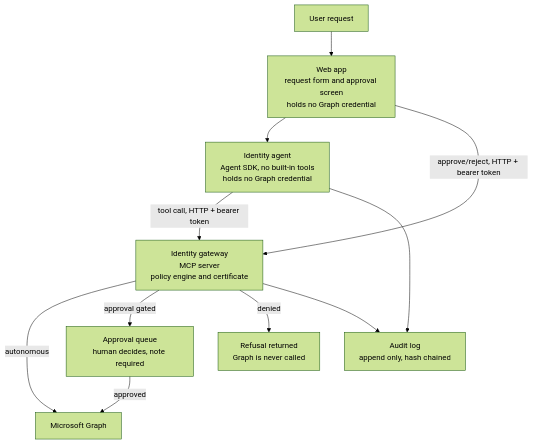
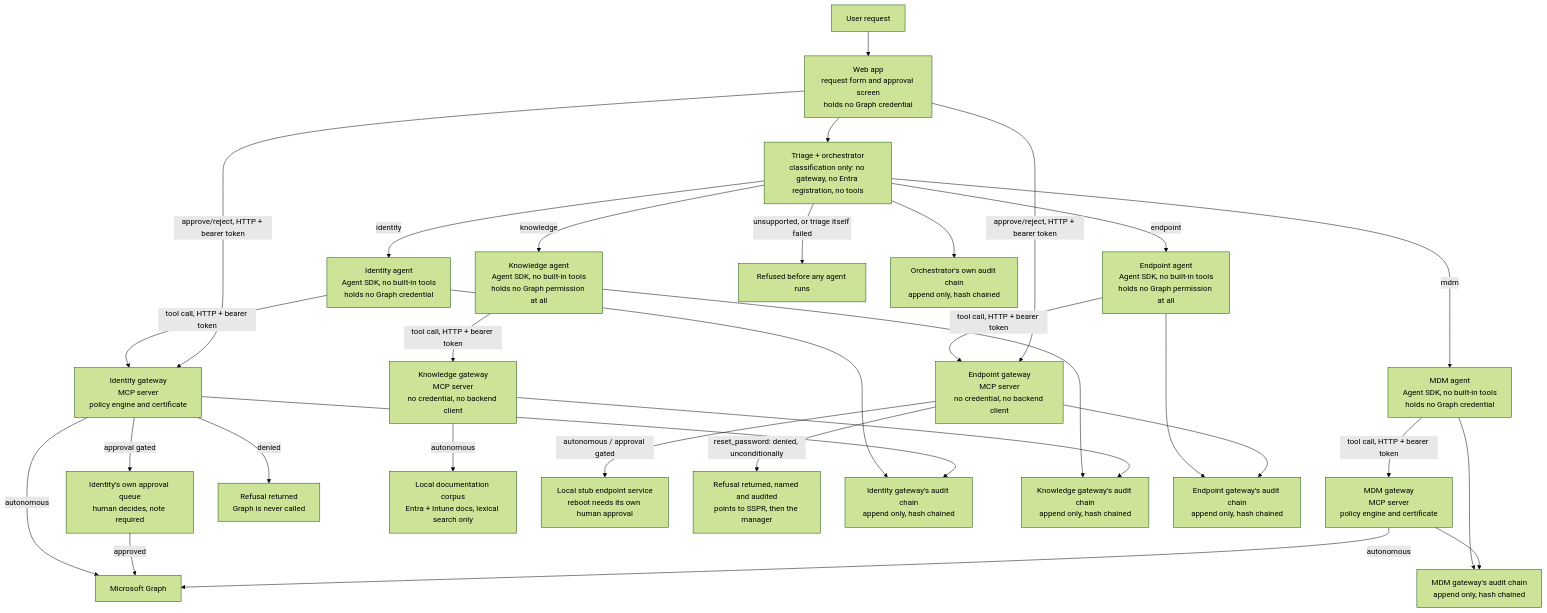
The diagram in README.md (metehaninanc/scoped-agent-helpdesk), drawn with Mermaid (forest theme) before and after one commit. The commit also changed other lines of this file and 159 other files, not shown here.

First line of the commit message:
Sprint 3: triage, gateway template, knowledge/endpoint agents, dashboard

````diff
--- a/README.md
+++ b/README.md
@@ -25,15 +25,35 @@
 ```mermaid
 flowchart TD
     U["User request"] --> W["Web app<br/>request form and approval screen<br/>holds no Graph credential"]
-    W --> A["Identity agent<br/>Agent SDK, no built-in tools<br/>holds no Graph credential"]
+    W --> T["Triage + orchestrator<br/>classification only: no gateway, no Entra registration, no tools"]
+    T -->|"identity"| A["Identity agent<br/>Agent SDK, no built-in tools<br/>holds no Graph credential"]
+    T -->|"mdm"| AM["MDM agent<br/>Agent SDK, no built-in tools<br/>holds no Graph credential"]
+    T -->|"knowledge"| AK["Knowledge agent<br/>Agent SDK, no built-in tools<br/>holds no Graph permission at all"]
+    T -->|"endpoint"| AE["Endpoint agent<br/>Agent SDK, no built-in tools<br/>holds no Graph permission at all"]
+    T -->|"unsupported, or triage itself failed"| R["Refused before any agent runs"]
     A -->|"tool call, HTTP + bearer token"| G["Identity gateway<br/>MCP server<br/>policy engine and certificate"]
+    AM -->|"tool call, HTTP + bearer token"| GM["MDM gateway<br/>MCP server<br/>policy engine and certificate"]
+    AK -->|"tool call, HTTP + bearer token"| GK["Knowledge gateway<br/>MCP server<br/>no credential, no backend client"]
+    AE -->|"tool call, HTTP + bearer token"| GE["Endpoint gateway<br/>MCP server<br/>no credential, no backend client"]
     W -->|"approve/reject, HTTP + bearer token"| G
+    W -->|"approve/reject, HTTP + bearer token"| GE
 
     G -->|"autonomous"| MG["Microsoft Graph"]
-    G -->|"approval gated"| Q["Approval queue<br/>human decides, note required"]
+    G -->|"approval gated"| Q["Identity's own approval queue<br/>human decides, note required"]
     Q -->|"approved"| MG
     G -->|"denied"| D["Refusal returned<br/>Graph is never called"]
+    GM -->|"autonomous"| MG
+    GK -->|"autonomous"| KC["Local documentation corpus<br/>Entra + Intune docs, lexical search only"]
+    GE -->|"autonomous / approval gated"| ES["Local stub endpoint service<br/>reboot needs its own human approval"]
+    GE -->|"reset_password: denied, unconditionally"| DP["Refusal returned, named and audited<br/>points to SSPR, then the manager"]
 
-    A --> L["Audit log<br/>append only, hash chained"]
+    T --> LT["Orchestrator's own audit chain<br/>append only, hash chained"]
+    A --> L["Identity gateway's audit chain<br/>append only, hash chained"]
     G --> L
+    AM --> LM["MDM gateway's audit chain<br/>append only, hash chained"]
+    GM --> LM
+    AK --> LK["Knowledge gateway's audit chain<br/>append only, hash chained"]
+    GK --> LK
+    AE --> LE["Endpoint gateway's audit chain<br/>append only, hash chained"]
+    GE --> LE
 ```
````
